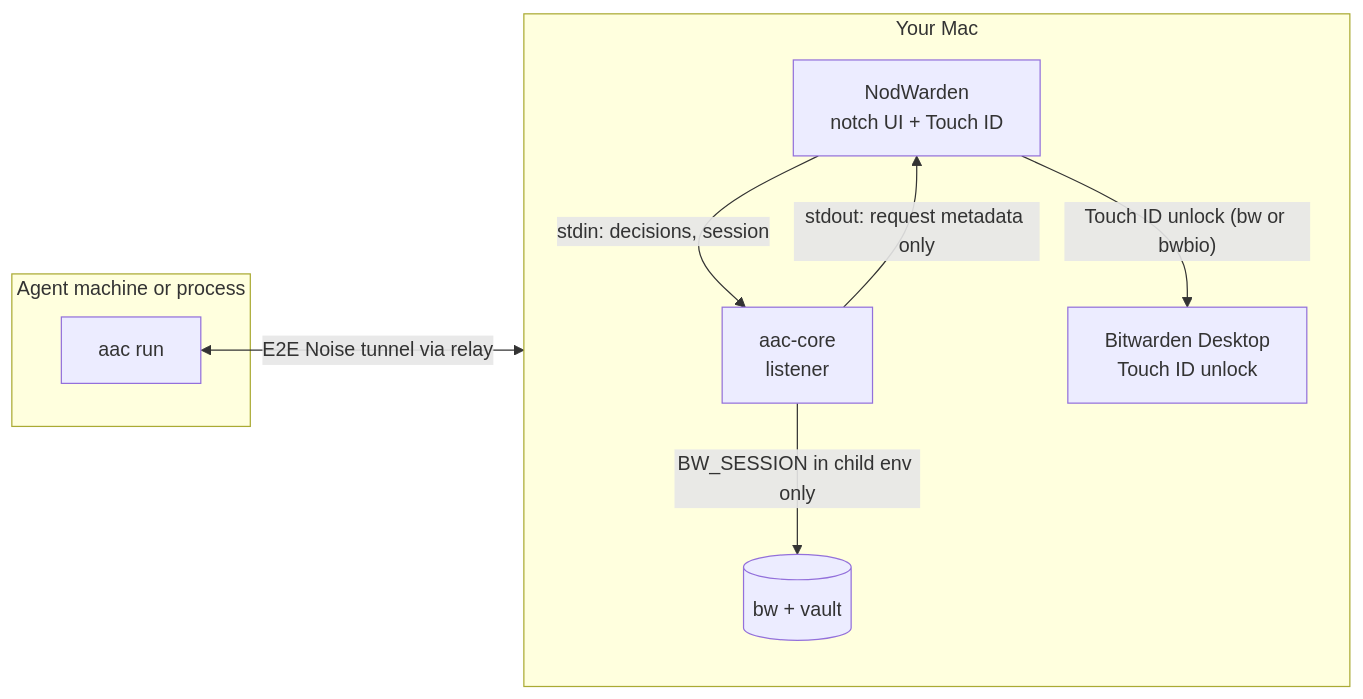
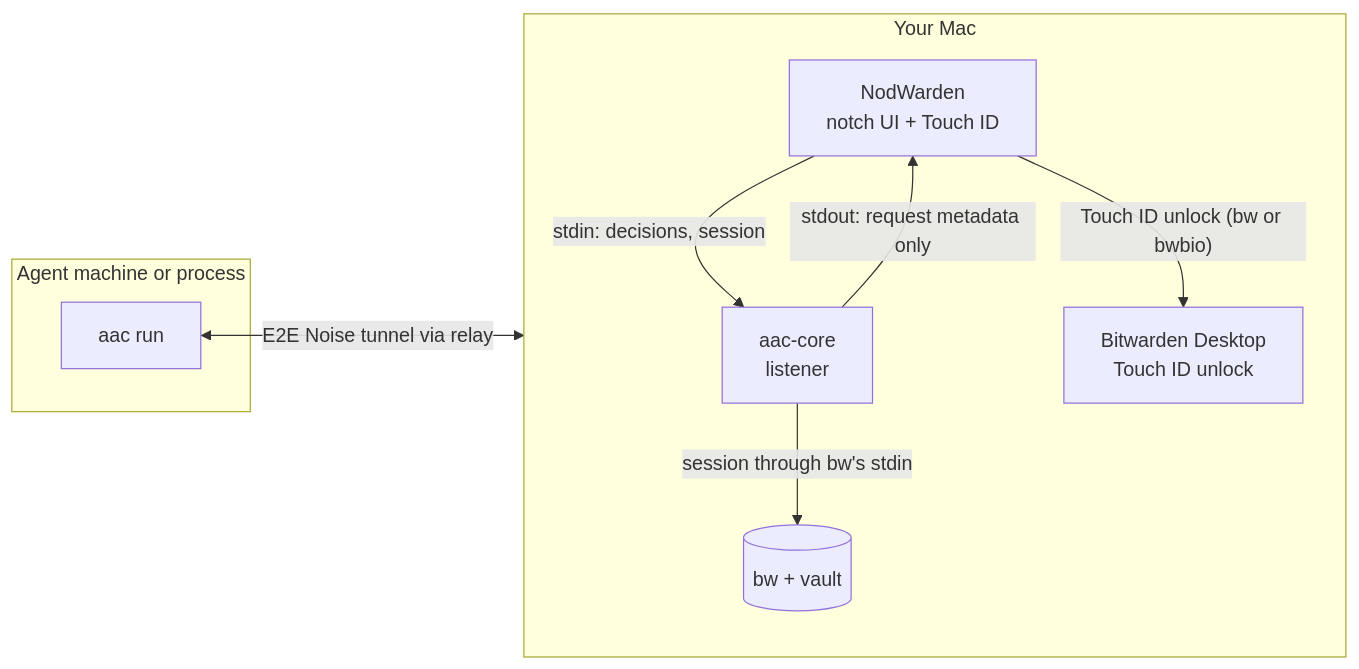
The second of 2 diagrams in README.md (arhen/nodwarden), drawn with Mermaid before and after one commit. The commit also changed other lines of this file and 5 other files, not shown here.

````diff
--- a/README.md
+++ b/README.md
@@ -130,18 +131,18 @@
 ```mermaid
 flowchart LR
     subgraph agent["Agent machine or process"]
         AAC["aac run"]
     end
     subgraph mac["Your Mac"]
         direction TB
         N["NodWarden<br/>notch UI + Touch ID"]
         C["aac-core<br/>listener"]
         BW[("bw + vault")]
         D["Bitwarden Desktop<br/>Touch ID unlock"]
         N -- "stdin: decisions, session" --> C
         C -- "stdout: request metadata only" --> N
-        C -- "BW_SESSION in child env only" --> BW
+        C -- "session through bw's stdin" --> BW
         N -- "Touch ID unlock (bw or bwbio)" --> D
     end
     AAC <-- "E2E Noise tunnel via relay" --> C
 ```
````
